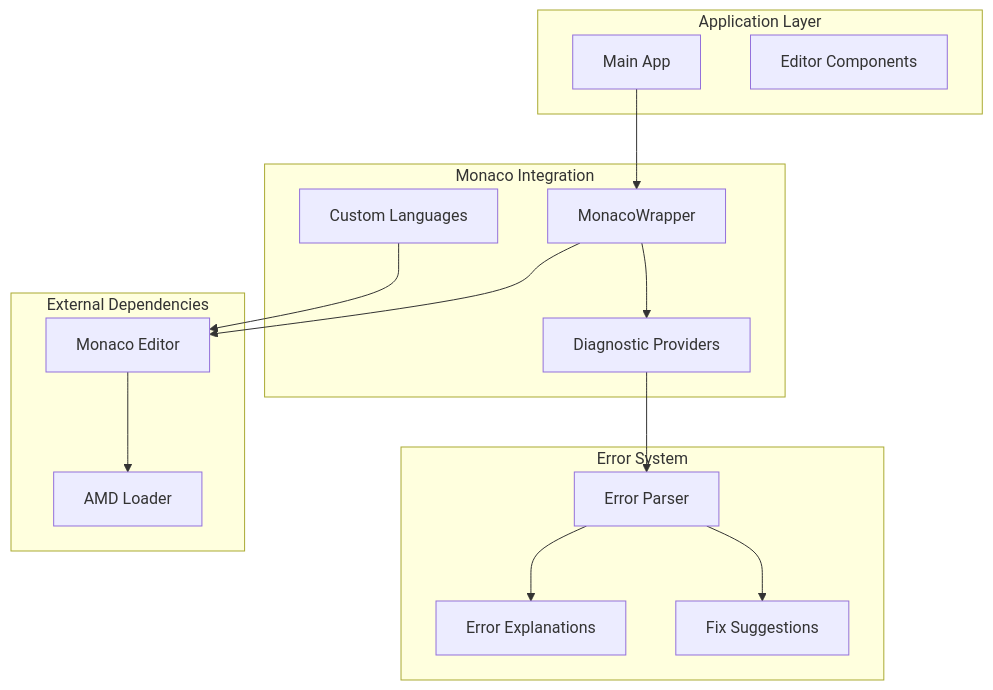
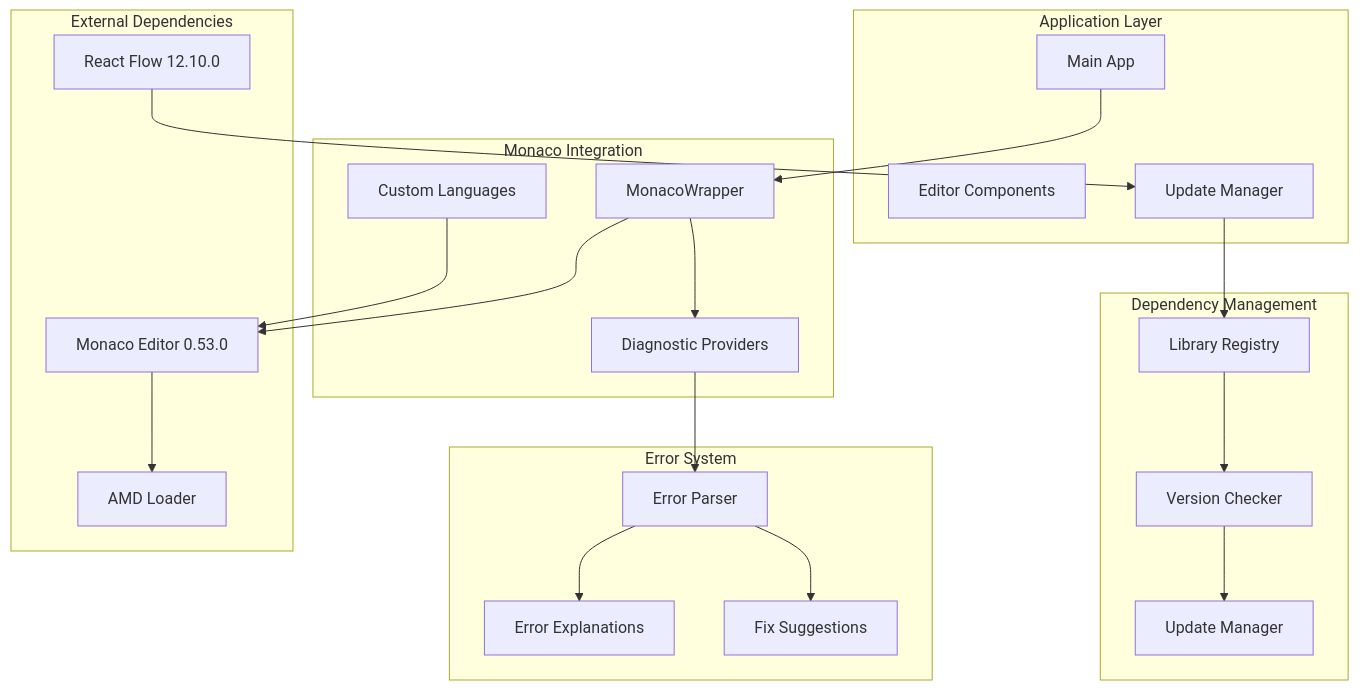
One commit to ongchonghian/universal-diagram-editor changed the first of 4 diagrams in .qoder/repowiki/en/content/Editor Architecture/Monaco Editor Integration.md. Above: the diagram before and after it, drawn with Mermaid. The commit also changed other lines of this file and 66 other files, not shown here.

First line of the commit message:
refactor: modernize codebase with Vite build system and modular React architecture

````diff
--- a/.qoder/repowiki/en/content/Editor Architecture/Monaco Editor Integration.md
+++ b/.qoder/repowiki/en/content/Editor Architecture/Monaco Editor Integration.md
@@ -40,29 +54,40 @@
 ```mermaid
 graph TB
 subgraph "Application Layer"
 App[Main App]
 Editors[Editor Components]
+UpdateSystem[Update Manager]
 end
 subgraph "Monaco Integration"
 Wrapper[MonacoWrapper]
 Providers[Diagnostic Providers]
 Languages[Custom Languages]
 end
 subgraph "Error System"
 Parser[Error Parser]
 Explanations[Error Explanations]
 Fixes[Fix Suggestions]
 end
+subgraph "Dependency Management"
+Registry[Library Registry]
+Checker[Version Checker]
+Updater[Update Manager]
+end
 subgraph "External Dependencies"
-Monaco[Monaco Editor]
+Monaco[Monaco Editor 0.53.0]
 AMD[AMD Loader]
+ReactFlow[React Flow 12.10.0]
 end
 App --> Wrapper
 Wrapper --> Monaco
 Wrapper --> Providers
 Providers --> Parser
 Parser --> Explanations
 Parser --> Fixes
 Monaco --> AMD
 Languages --> Monaco
+UpdateSystem --> Registry
+Registry --> Checker
+Checker --> Updater
+ReactFlow --> UpdateSystem
 ```
````
